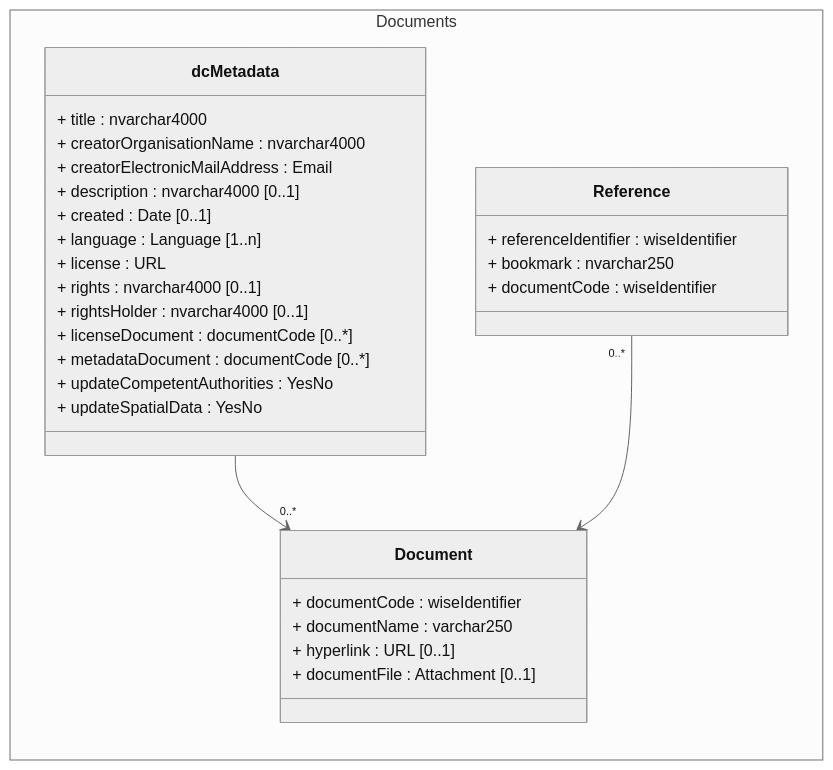
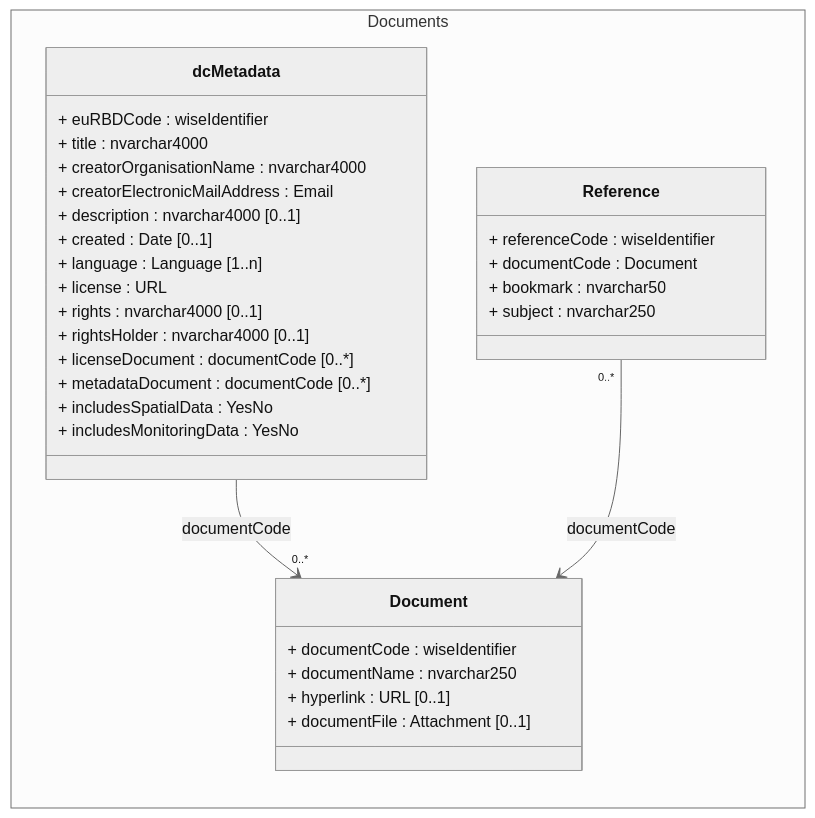
One commit to eeadata/WISE.WFD.Documentation changed the diagram in docs/DataModelReview/mmd/Monitoring_4thCycle_Documents_ClassDiagram.mmd. Above: the diagram before and after it, drawn with Mermaid. The commit also changed 7 other files, not shown here.

Commit message:
Including the MonitoringSite part into the Monitoring. Revising and aligning the diagrams with the WFD Competent Authorities part.

```diff
--- a/docs/DataModelReview/mmd/Monitoring_4thCycle_Documents_ClassDiagram.mmd
+++ b/docs/DataModelReview/mmd/Monitoring_4thCycle_Documents_ClassDiagram.mmd
@@ -1,41 +1,43 @@
 ---
 config:
   class:
     hideEmptyMembersBox: true
   layout: dagre
   theme: neutral
 ---
 classDiagram
 direction LR
 namespace Documents {
 class dcMetadata {
++ euRBDCode : wiseIdentifier
 + title : nvarchar4000
 + creatorOrganisationName : nvarchar4000
 + creatorElectronicMailAddress : Email
 + description : nvarchar4000 [0..1]
 + created : Date [0..1]
 + language : Language [1..n]
 + license : URL
 + rights : nvarchar4000 [0..1]
 + rightsHolder : nvarchar4000 [0..1]
 + licenseDocument : documentCode [0..*]
 + metadataDocument : documentCode [0..*]
-+ updateCompetentAuthorities : YesNo
-+ updateSpatialData : YesNo
++ includesSpatialData : YesNo
++ includesMonitoringData : YesNo
 }
 
 class Reference {
-  + referenceIdentifier : wiseIdentifier
-  + bookmark : nvarchar250
-  + documentCode : wiseIdentifier
+  + referenceCode : wiseIdentifier
+  + documentCode : Document
+  + bookmark : nvarchar50
+  + subject : nvarchar250 
 }
 
 class Document {
 + documentCode : wiseIdentifier
-+ documentName : varchar250
++ documentName : nvarchar250
 + hyperlink : URL [0..1]
 + documentFile : Attachment [0..1]
 }
 }
-dcMetadata --> "0..*" Document
-Reference "0..*" --> Document
+dcMetadata --> "0..*" Document : documentCode
+Reference "0..*" --> Document : documentCode
```
